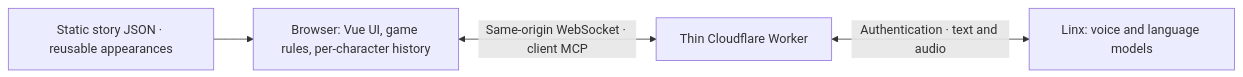
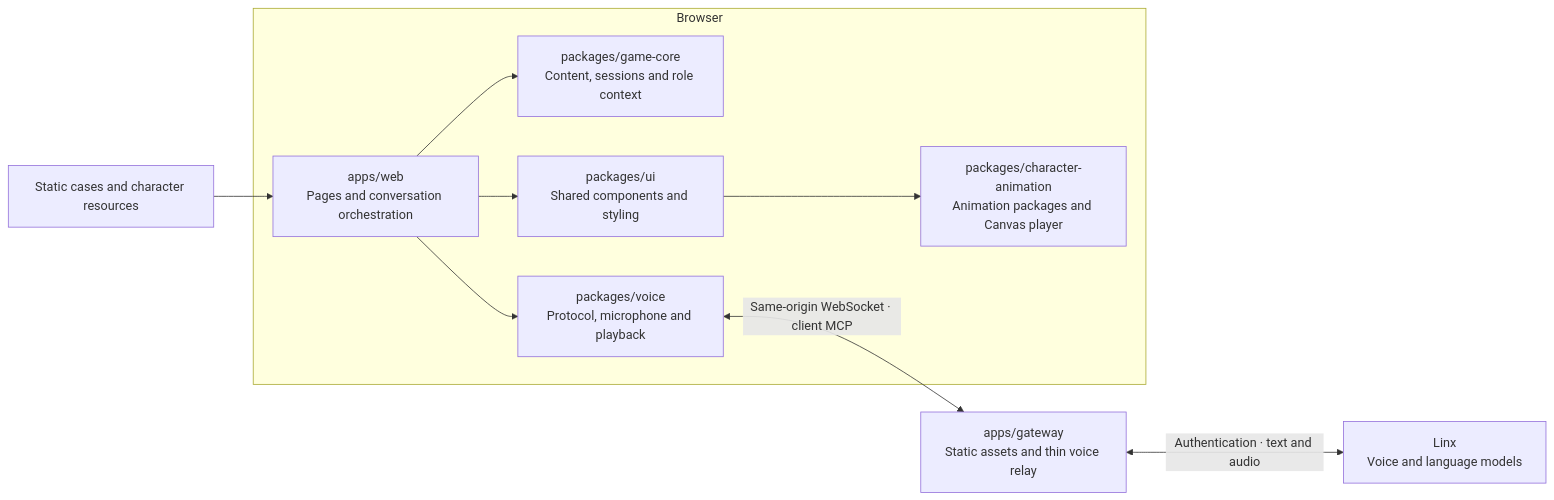
The diagram in README.md (nighca/lie), drawn with Mermaid before and after one commit. The commit also changed other lines of this file and 1 other file, not shown here.

Commit message:
docs: align README architecture diagrams with module responsibilities

````diff
--- a/README.md
+++ b/README.md
@@ -83,6 +83,20 @@
 ```mermaid
 flowchart LR
-    Content["Static story JSON · reusable appearances"] --> Browser["Browser: Vue UI, game rules, per-character history"]
-    Browser <-->|"Same-origin WebSocket · client MCP"| Worker["Thin Cloudflare Worker"]
-    Worker <-->|"Authentication · text and audio"| Linx["Linx: voice and language models"]
+    Content["Static cases and character resources"]
+    subgraph Browser["Browser"]
+        Web["apps/web<br/>Pages and conversation orchestration"]
+        Core["packages/game-core<br/>Content, sessions and role context"]
+        UI["packages/ui<br/>Shared components and styling"]
+        Voice["packages/voice<br/>Protocol, microphone and playback"]
+        Animation["packages/character-animation<br/>Animation packages and Canvas player"]
+        Web --> Core
+        Web --> UI
+        Web --> Voice
+        UI --> Animation
+    end
+    Gateway["apps/gateway<br/>Static assets and thin voice relay"]
+    Linx["Linx<br/>Voice and language models"]
+    Content --> Web
+    Voice <-->|"Same-origin WebSocket · client MCP"| Gateway
+    Gateway <-->|"Authentication · text and audio"| Linx
 ```
````
